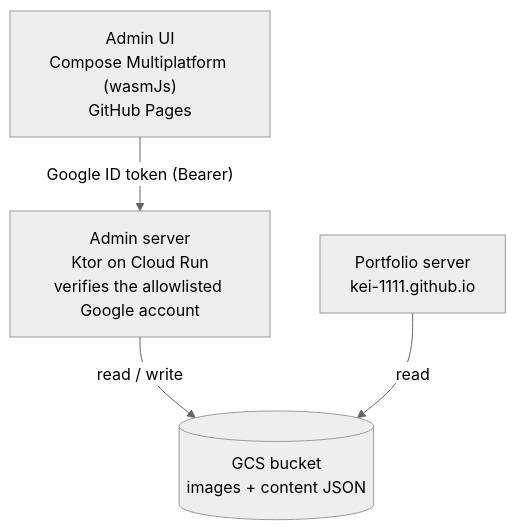
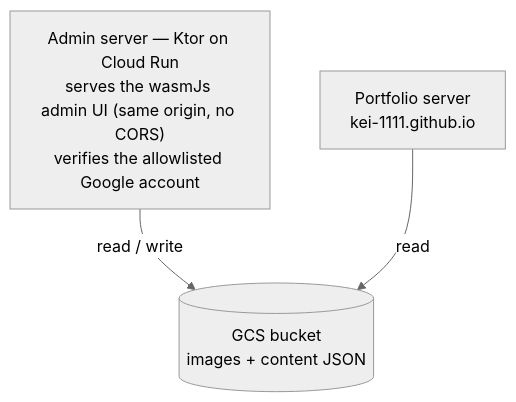
Before and after one commit to kei-1111/kei-1111-admin: the diagram in README.md, drawn with Mermaid (neutral theme). The commit also changed other lines of this file and 7 other files, not shown here.

First line of the commit message:
refactor: serve the admin UI from the admin server instead of GitHub Pages

````diff
--- a/README.md
+++ b/README.md
@@ -7,11 +7,9 @@
 ```mermaid
 flowchart TB
-    ui["Admin UI<br>Compose Multiplatform (wasmJs)<br>GitHub Pages"]
-    admin["Admin server<br>Ktor on Cloud Run<br>verifies the allowlisted Google account"]
+    admin["Admin server — Ktor on Cloud Run<br>serves the wasmJs admin UI (same origin, no CORS)<br>verifies the allowlisted Google account"]
     gcs[("GCS bucket<br>images + content JSON")]
     portfolio["Portfolio server<br>kei-1111.github.io"]
 
-    ui -- "Google ID token (Bearer)" --> admin
     admin -- "read / write" --> gcs
     portfolio -- "read" --> gcs
 ```
````
